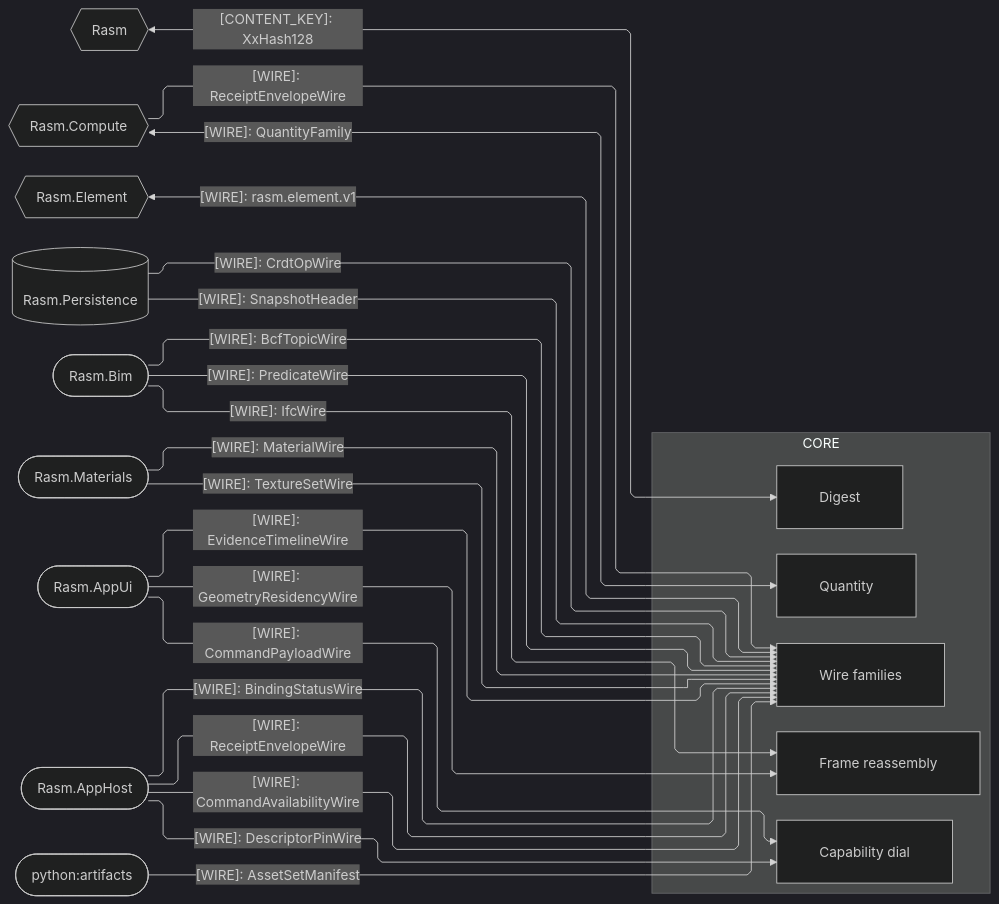
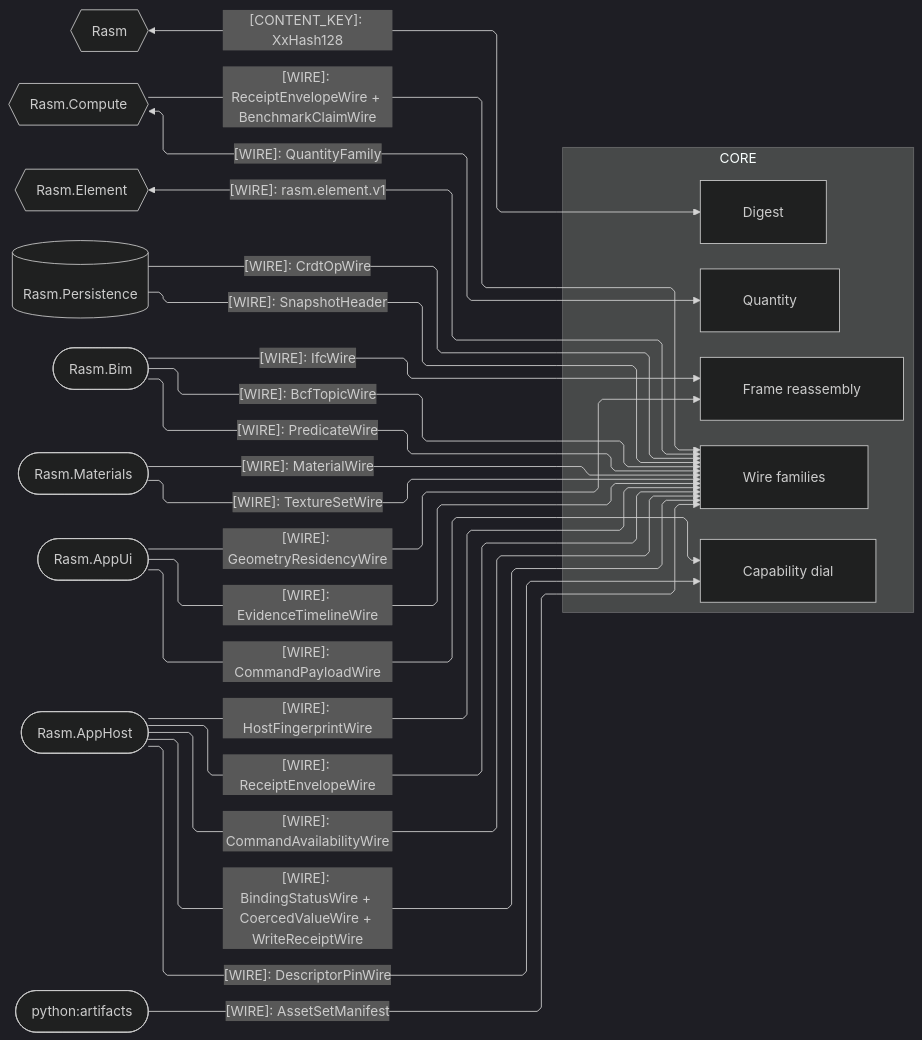
The second of 4 diagrams in libs/typescript/core/ARCHITECTURE.md (bsamiee/Rasm), drawn with Mermaid (dark theme) before and after one commit. The commit also changed other lines of this file and 115 other files, not shown here.

````diff
--- a/libs/typescript/core/ARCHITECTURE.md
+++ b/libs/typescript/core/ARCHITECTURE.md
@@ -127,47 +127,48 @@
 ```mermaid
 ---
 config:
   layout: elk
   flowchart:
     curve: linear
     padding: 25
 ---
 flowchart LR
     accTitle: Core wire-plane seam registry
     accDescr: Wire, Frame, and Invoke admit peer-owned contracts; every external edge preserves its producer spelling.
     subgraph core[CORE]
         Digest[Digest]
         Quantity[Quantity]
         Wire[Wire families]
         Frame[Frame reassembly]
         Invoke[Capability dial]
     end
     Rasm{{Rasm}}
     Compute{{Rasm.Compute}}
     Element{{Rasm.Element}}
     Persistence[(Rasm.Persistence)]
     Bim([Rasm.Bim])
     Materials([Rasm.Materials])
     AppUi([Rasm.AppUi])
     AppHost([Rasm.AppHost])
     Artifacts([python:artifacts])
     Rasm e1@<-->|"[CONTENT_KEY]: XxHash128"| Digest
     Compute e2@<-->|"[WIRE]: QuantityFamily"| Quantity
-    Compute e3@-->|"[WIRE]: ReceiptEnvelopeWire"| Wire
+    Compute e3@-->|"[WIRE]: ReceiptEnvelopeWire + BenchmarkClaimWire"| Wire
     Element e4@<-->|"[WIRE]: rasm.element.v1"| Wire
     Persistence e5@-->|"[WIRE]: CrdtOpWire"| Wire
     Persistence e6@-->|"[WIRE]: SnapshotHeader"| Wire
     Bim e7@-->|"[WIRE]: IfcWire"| Frame
     Bim e8@-->|"[WIRE]: BcfTopicWire"| Wire
-    Bim e20@-->|"[WIRE]: PredicateWire"| Wire
+    Bim e9@-->|"[WIRE]: PredicateWire"| Wire
     Materials e10@-->|"[WIRE]: MaterialWire"| Wire
-    Materials e18@-->|"[WIRE]: TextureSetWire"| Wire
-    Artifacts e19@-->|"[WIRE]: AssetSetManifest"| Wire
-    AppUi e11@-->|"[WIRE]: CommandPayloadWire"| Invoke
-    AppUi e12@-->|"[WIRE]: GeometryResidencyWire"| Frame
-    AppUi e13@-->|"[WIRE]: EvidenceTimelineWire"| Wire
-    AppHost e14@-->|"[WIRE]: DescriptorPinWire"| Invoke
-    AppHost e15@-->|"[WIRE]: ReceiptEnvelopeWire"| Wire
-    AppHost e16@-->|"[WIRE]: CommandAvailabilityWire"| Wire
-    AppHost e17@-->|"[WIRE]: BindingStatusWire"| Wire
+    Materials e11@-->|"[WIRE]: TextureSetWire"| Wire
+    Artifacts e12@-->|"[WIRE]: AssetSetManifest"| Wire
+    AppUi e13@-->|"[WIRE]: CommandPayloadWire"| Invoke
+    AppUi e14@-->|"[WIRE]: GeometryResidencyWire"| Frame
+    AppUi e15@-->|"[WIRE]: EvidenceTimelineWire"| Wire
+    AppHost e16@-->|"[WIRE]: DescriptorPinWire"| Invoke
+    AppHost e17@-->|"[WIRE]: ReceiptEnvelopeWire"| Wire
+    AppHost e18@-->|"[WIRE]: CommandAvailabilityWire"| Wire
+    AppHost e19@-->|"[WIRE]: BindingStatusWire + CoercedValueWire + WriteReceiptWire"| Wire
+    AppHost e20@-->|"[WIRE]: HostFingerprintWire"| Wire
 ```
````
